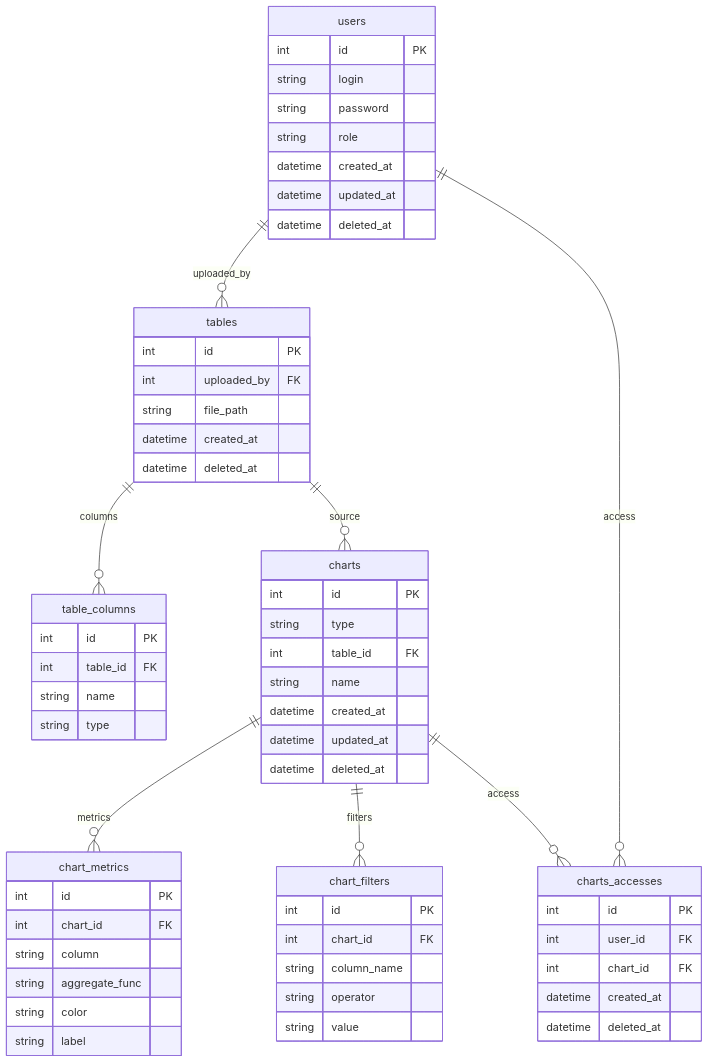
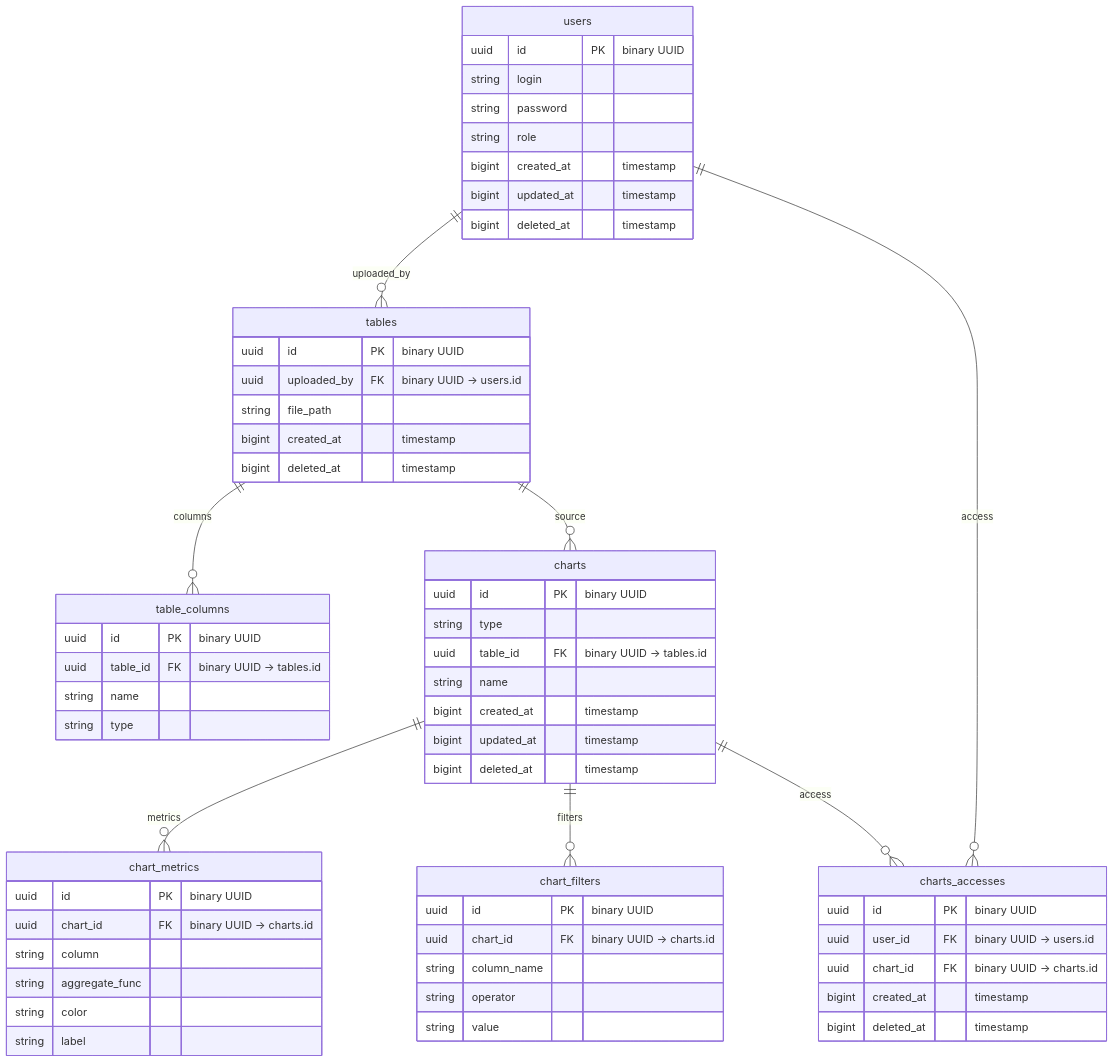
The diagram in docs/tables.mmd (Depiflaks/Dashboard), drawn with Mermaid before and after one commit. The commit also changed 1 other file, not shown here.

Commit message:
master правки в спеку: форматирование .md + теперь в таблицах id -> uuid

```diff
--- a/docs/tables.mmd
+++ b/docs/tables.mmd
@@ -1,70 +1,70 @@
 erDiagram
 
   users {
-    int id PK
+    uuid id PK "binary UUID"
     string login
     string password
     string role
-    datetime created_at
-    datetime updated_at
-    datetime deleted_at
+    bigint created_at "timestamp"
+    bigint updated_at "timestamp"
+    bigint deleted_at "timestamp"
   }
 
   tables {
-    int id PK
-    int uploaded_by FK
+    uuid id PK "binary UUID"
+    uuid uploaded_by FK "binary UUID -> users.id"
     string file_path
-    datetime created_at
-    datetime deleted_at
+    bigint created_at "timestamp"
+    bigint deleted_at "timestamp"
   }
 
   table_columns {
-    int id PK
-    int table_id FK
+    uuid id PK "binary UUID"
+    uuid table_id FK "binary UUID -> tables.id"
     string name
     string type
   }
 
   charts {
-    int id PK
+    uuid id PK "binary UUID"
     string type
-    int table_id FK
+    uuid table_id FK "binary UUID -> tables.id"
     string name
-    datetime created_at
-    datetime updated_at
-    datetime deleted_at
+    bigint created_at "timestamp"
+    bigint updated_at "timestamp"
+    bigint deleted_at "timestamp"
   }
 
   chart_metrics {
-    int id PK
-    int chart_id FK
+    uuid id PK "binary UUID"
+    uuid chart_id FK "binary UUID -> charts.id"
     string column
     string aggregate_func
     string color
     string label
   }
 
   chart_filters {
-    int id PK
-    int chart_id FK
+    uuid id PK "binary UUID"
+    uuid chart_id FK "binary UUID -> charts.id"
     string column_name
     string operator
     string value
   }
 
   charts_accesses {
-    int id PK
-    int user_id FK
-    int chart_id FK
-    datetime created_at
-    datetime deleted_at
+    uuid id PK "binary UUID"
+    uuid user_id FK "binary UUID -> users.id"
+    uuid chart_id FK "binary UUID -> charts.id"
+    bigint created_at "timestamp"
+    bigint deleted_at "timestamp"
   }
 
   %% --- связи ---
   users ||--o{ tables : "uploaded_by"
   tables ||--o{ table_columns : "columns"
   tables ||--o{ charts : "source"
   charts ||--o{ chart_metrics : "metrics"
   charts ||--o{ chart_filters : "filters"
   users ||--o{ charts_accesses : "access"
   charts ||--o{ charts_accesses : "access"
```
